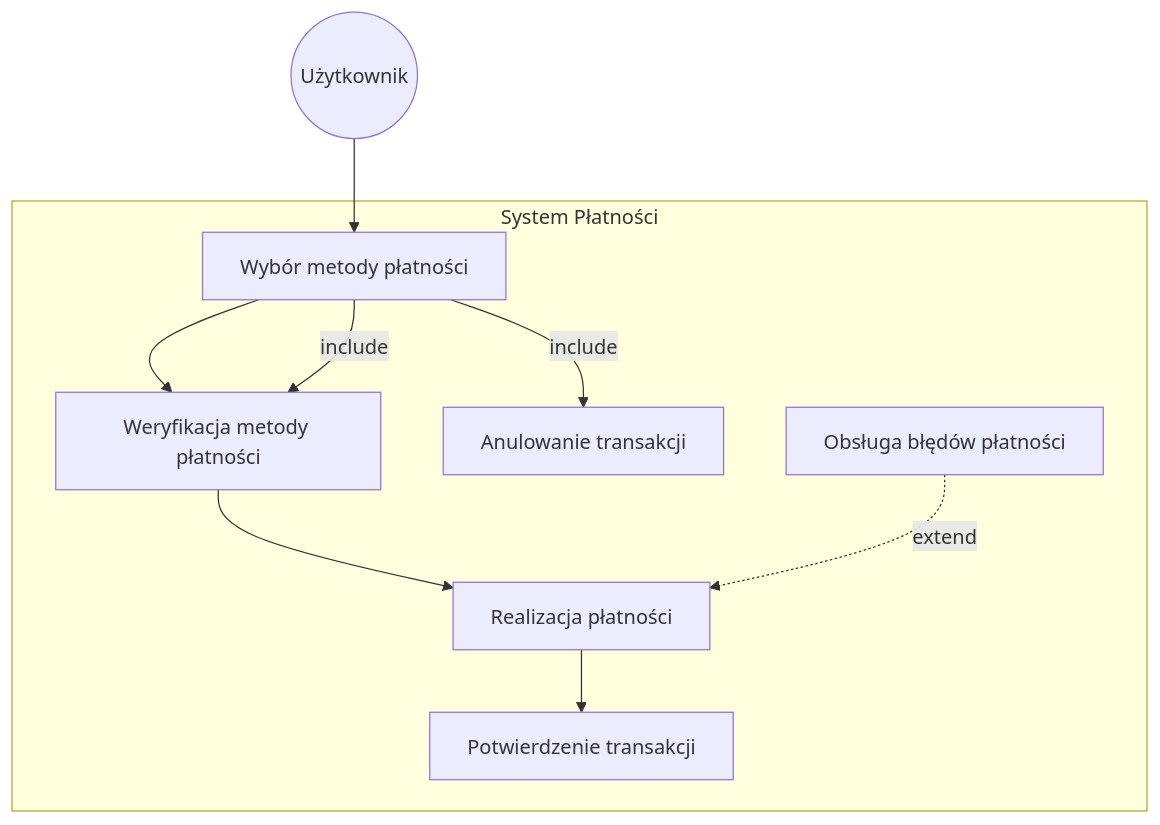
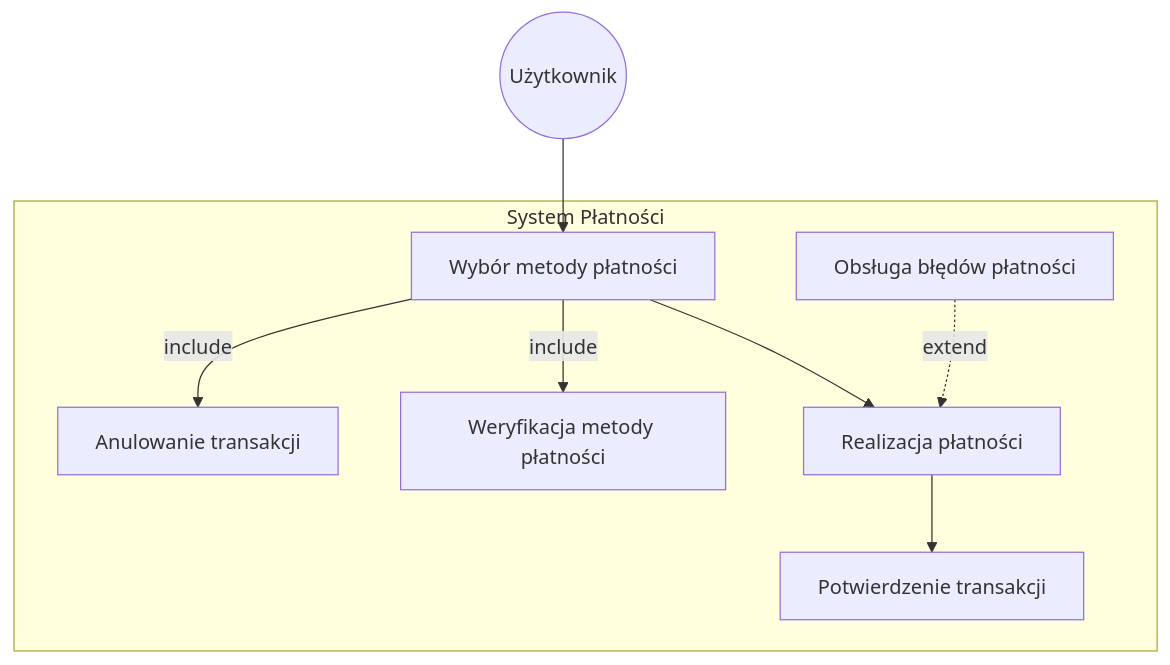
The third of 4 diagrams in Historie dla użytkownika.md (ArtemOmelchenk0/MWO), drawn with Mermaid before and after one commit. The commit also changed other lines of this file, not shown here.

````diff
--- a/Historie dla użytkownika.md
+++ b/Historie dla użytkownika.md
@@ -77,31 +76,31 @@
 ```mermaid
 graph TD
     User(("Użytkownik"))
     UseCase1["Wybór metody płatności"]
     UseCase2["Weryfikacja metody płatności"]
     UseCase3["Realizacja płatności"]
     UseCase4["Potwierdzenie transakcji"]
     UseCase5["Anulowanie transakcji"]
     UseCase6["Obsługa błędów płatności"]
 
     User --> UseCase1
-    UseCase1 --> UseCase2
-    UseCase2 --> UseCase3
+    
+    UseCase1 --> UseCase3
     UseCase3 --> UseCase4
     
     %% Include relationships
     UseCase1 --include--> UseCase2
     UseCase1 --include--> UseCase5
     
     %% Extend relationship
     UseCase6 -.extend.-> UseCase3
     
     subgraph System Płatności
         UseCase1
         UseCase2
         UseCase3
         UseCase4
         UseCase5
         UseCase6
     end
 ```
````
